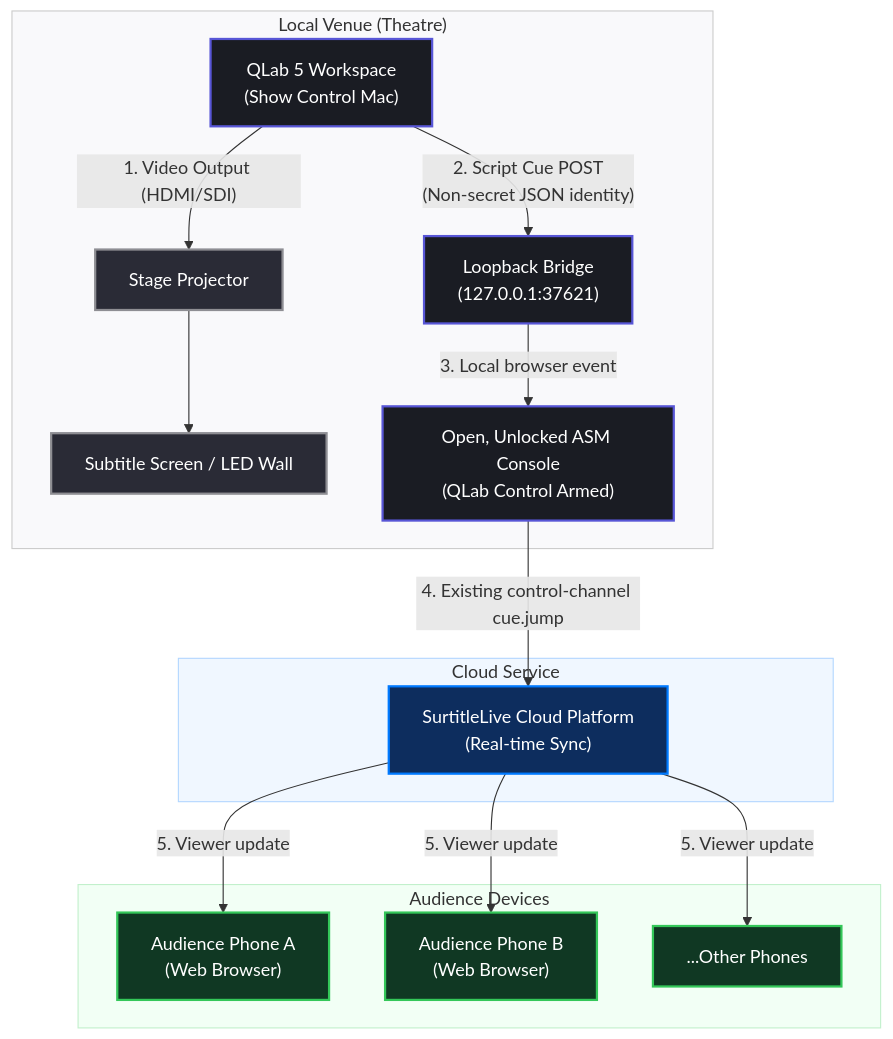
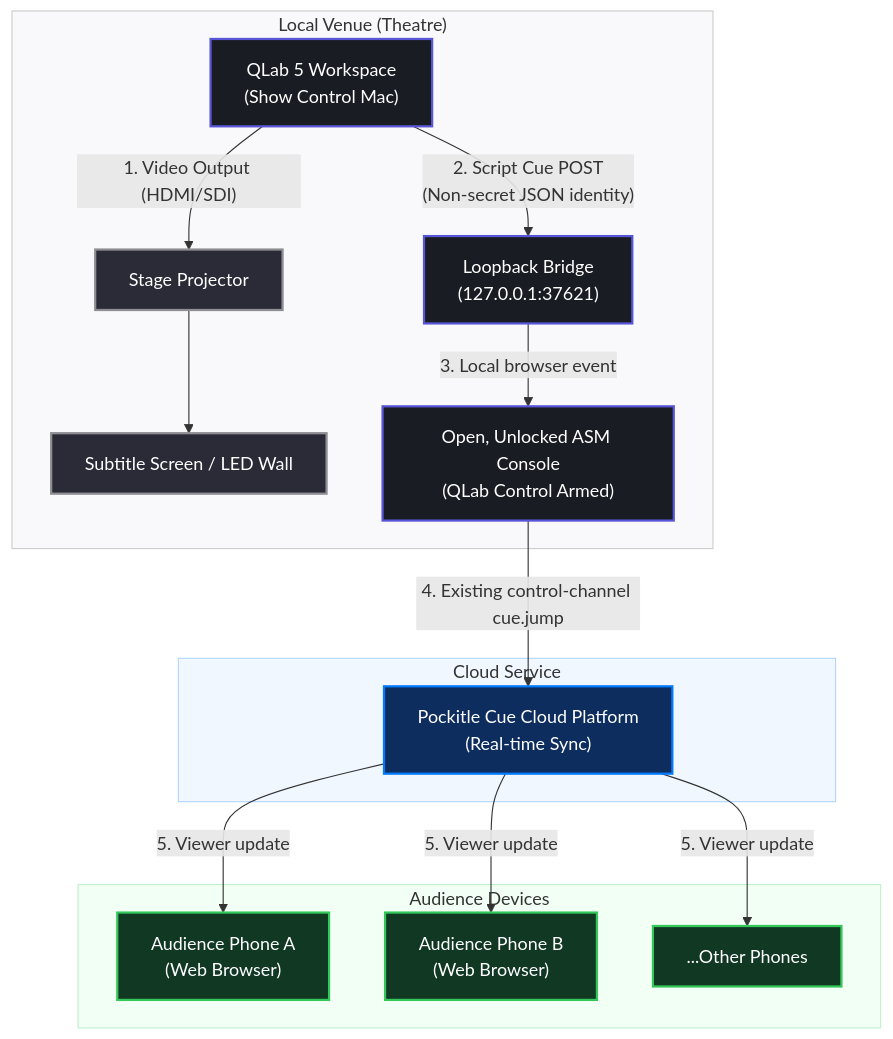
Before and after one commit to kklam1220/surtitlelive-blog: the diagram in src/content/blog/13-quick-qlab-subtitles-from-excel-txt.md, drawn with Mermaid. The commit also changed other lines of this file and 352 other files, not shown here.

````diff
--- a/src/content/blog/13-quick-qlab-subtitles-from-excel-txt.md
+++ b/src/content/blog/13-quick-qlab-subtitles-from-excel-txt.md
@@ -332,43 +332,43 @@
 ```mermaid
 graph TD
     %% Style Definitions
     classDef qlab fill:#1a1c23,stroke:#5856d6,stroke-width:2px,color:#fff;
     classDef hardware fill:#2a2b36,stroke:#8e8e93,stroke-width:2px,color:#fff;
     classDef cloud fill:#0d2d5e,stroke:#007aff,stroke-width:2px,color:#fff;
     classDef audience fill:#103823,stroke:#34c759,stroke-width:2px,color:#fff;
     
     subgraph Venue ["Local Venue (Theatre)"]
         QLab["QLab 5 Workspace<br>(Show Control Mac)"]:::qlab
         Projector["Stage Projector"]:::hardware
         Screen["Subtitle Screen / LED Wall"]:::hardware
         Bridge["Loopback Bridge<br>(127.0.0.1:37621)"]:::qlab
         ASM["Open, Unlocked ASM Console<br>(QLab Control Armed)"]:::qlab
     end
 
     subgraph CloudSpace ["Cloud Service"]
-        Cloud["SurtitleLive Cloud Platform<br>(Real-time Sync)"]:::cloud
+        Cloud["Pockitle Cue Cloud Platform<br>(Real-time Sync)"]:::cloud
     end
 
     subgraph Viewers ["Audience Devices"]
         Phone1["Audience Phone A<br>(Web Browser)"]:::audience
         Phone2["Audience Phone B<br>(Web Browser)"]:::audience
         PhoneN["...Other Phones"]:::audience
     end
 
     %% Connection Logic
     QLab -->|"1. Video Output (HDMI/SDI)"| Projector
     Projector --> Screen
     
     QLab -->|"2. Script Cue POST<br>(Non-secret JSON identity)"| Bridge
     Bridge -->|"3. Local browser event"| ASM
     ASM -->|"4. Existing control-channel cue.jump"| Cloud
     
     Cloud -->|"5. Viewer update"| Phone1
     Cloud -->|"5. Viewer update"| Phone2
     Cloud -->|"5. Viewer update"| PhoneN
 
     %% Subgraph Styling
     style Venue fill:#f9f9fb,stroke:#ccc,stroke-width:1px;
     style CloudSpace fill:#f0f7ff,stroke:#b3d7ff,stroke-width:1px;
     style Viewers fill:#f2fff5,stroke:#c2f0cc,stroke-width:1px;
 ```
````
